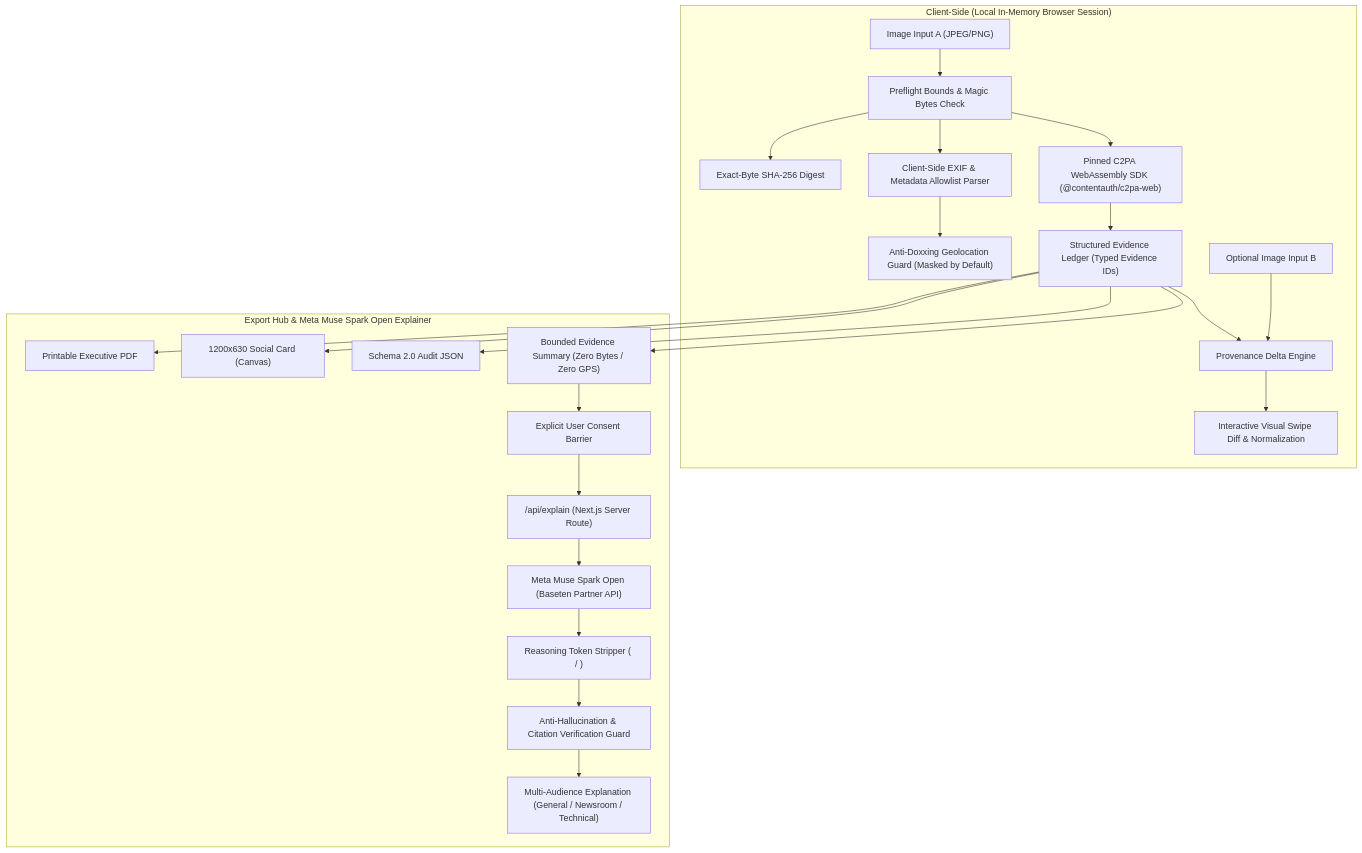
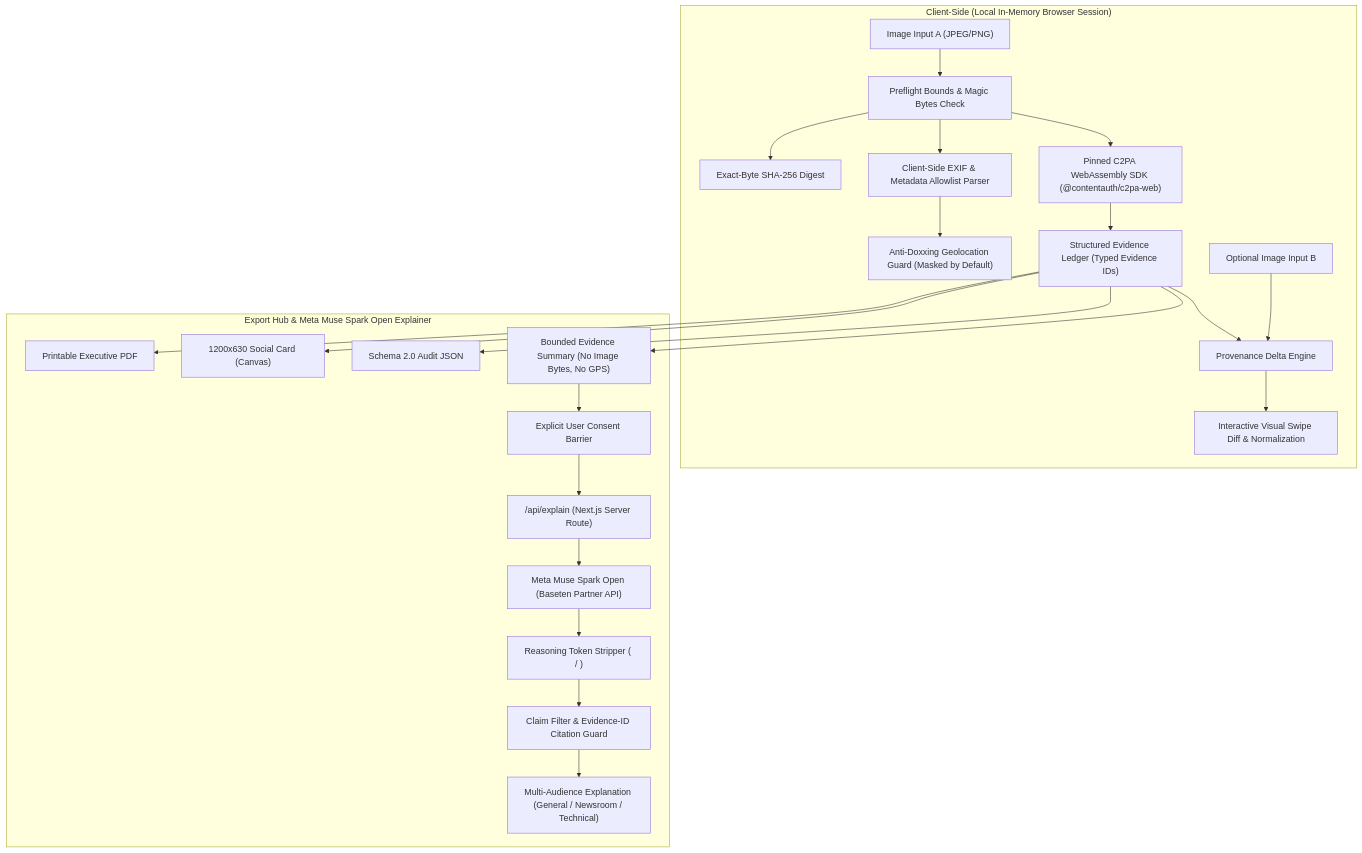
One commit to Nightmare-026/OriginLens changed the diagram in README.md. Above: the diagram before and after it, drawn with Mermaid. The commit also changed other lines of this file and 31 other files, not shown here.

````diff
--- a/README.md
+++ b/README.md
@@ -34,30 +34,30 @@
 ```mermaid
 flowchart TD
   subgraph ClientSide["Client-Side (Local In-Memory Browser Session)"]
     FileA["Image Input A (JPEG/PNG)"] --> Intake["Preflight Bounds & Magic Bytes Check"]
     Intake --> SHA256["Exact-Byte SHA-256 Digest"]
     Intake --> WASM["Pinned C2PA WebAssembly SDK (@contentauth/c2pa-web)"]
     Intake --> EXIF["Client-Side EXIF & Metadata Allowlist Parser"]
     
     EXIF --> GPS["Anti-Doxxing Geolocation Guard (Masked by Default)"]
     WASM --> Ledger["Structured Evidence Ledger (Typed Evidence IDs)"]
     
     FileB["Optional Image Input B"] --> DeltaEngine["Provenance Delta Engine"]
     Ledger --> DeltaEngine
     DeltaEngine --> VisualSlider["Interactive Visual Swipe Diff & Normalization"]
   end
 
   subgraph ExportAndAI["Export Hub & Meta Muse Spark Open Explainer"]
     Ledger --> ExportPDF["Printable Executive PDF"]
     Ledger --> ExportSocial["1200x630 Social Card (Canvas)"]
     Ledger --> ExportJSON["Schema 2.0 Audit JSON"]
     
-    Ledger --> SafeSummary["Bounded Evidence Summary (Zero Bytes / Zero GPS)"]
+    Ledger --> SafeSummary["Bounded Evidence Summary (No Image Bytes, No GPS)"]
     SafeSummary --> Consent["Explicit User Consent Barrier"]
     Consent --> ServerRoute["/api/explain (Next.js Server Route)"]
     ServerRoute --> Muse["Meta Muse Spark Open (Baseten Partner API)"]
     Muse --> Strip["Reasoning Token Stripper (<thought> / <think>)"]
-    Strip --> Guard["Anti-Hallucination & Citation Verification Guard"]
+    Strip --> Guard["Claim Filter & Evidence-ID Citation Guard"]
     Guard --> PersonaUI["Multi-Audience Explanation (General / Newsroom / Technical)"]
   end
 ```
````
